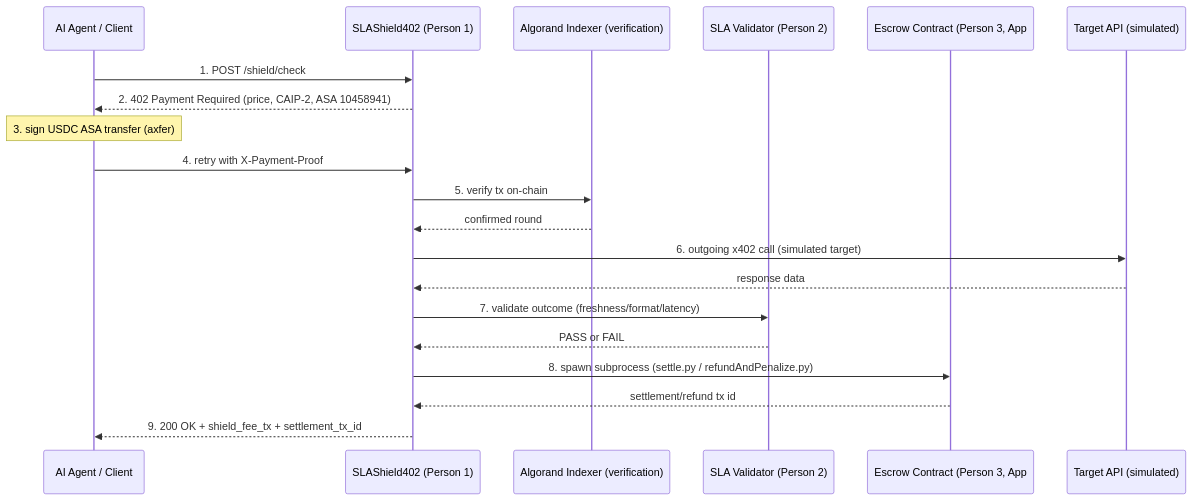
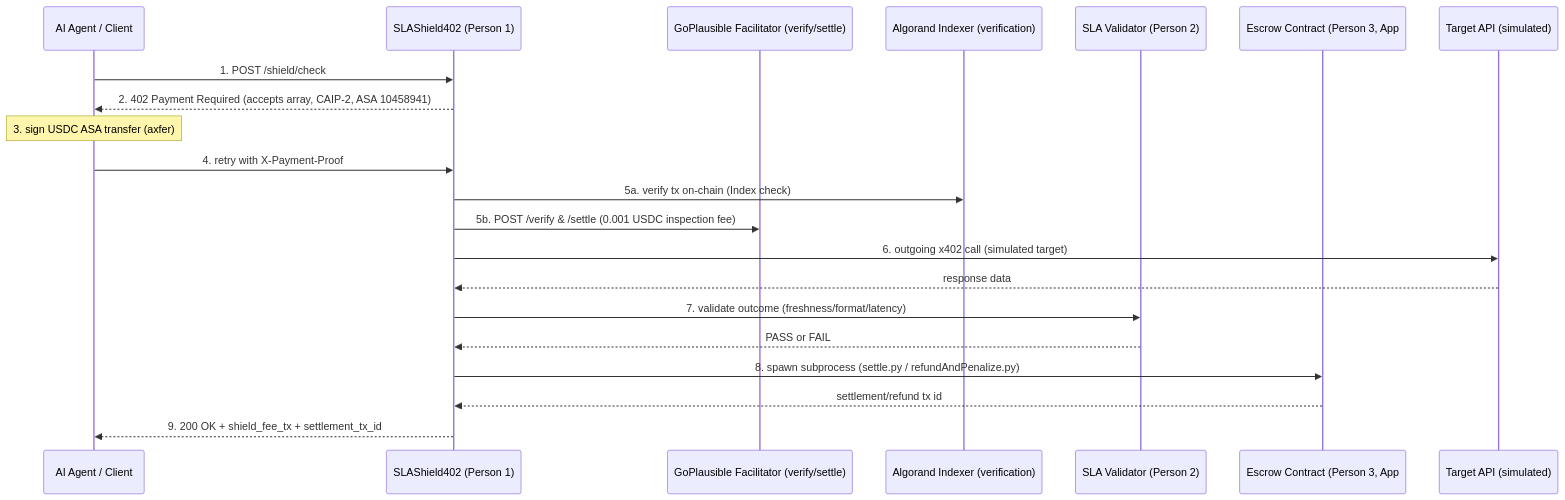
Before and after one commit to Vishal-VK18/SLAShield402: the first of 2 diagrams in README.md, drawn with Mermaid. The commit also changed other lines of this file and 10 other files, not shown here.

Commit message:
feat: integrate GoPlausible facilitator verify and settle, update accepts array, non-custodial security model, and Lora explorer links

````diff
--- a/README.md
+++ b/README.md
@@ -17,23 +17,24 @@
 ```mermaid
 sequenceDiagram
     participant Agent as AI Agent / Client
     participant Shield as SLAShield402 (Person 1)
+    participant Facilitator as GoPlausible Facilitator (verify/settle)
     participant Indexer as Algorand Indexer (verification)
     participant SLA as SLA Validator (Person 2)
     participant Contract as Escrow Contract (Person 3, App #769236555)
     participant Target as Target API (simulated)
 
     Agent->>Shield: 1. POST /shield/check
-    Shield-->>Agent: 2. 402 Payment Required (price, CAIP-2, ASA 10458941)
+    Shield-->>Agent: 2. 402 Payment Required (accepts array, CAIP-2, ASA 10458941)
     Note over Agent: 3. sign USDC ASA transfer (axfer)
     Agent->>Shield: 4. retry with X-Payment-Proof
-    Shield->>Indexer: 5. verify tx on-chain
-    Indexer-->>Shield: confirmed round
+    Shield->>Indexer: 5a. verify tx on-chain (Index check)
+    Shield->>Facilitator: 5b. POST /verify & /settle (0.001 USDC inspection fee)
     Shield->>Target: 6. outgoing x402 call (simulated target)
     Target-->>Shield: response data
     Shield->>SLA: 7. validate outcome (freshness/format/latency)
     SLA-->>Shield: PASS or FAIL
     Shield->>Contract: 8. spawn subprocess (settle.py / refundAndPenalize.py)
     Contract-->>Shield: settlement/refund tx id
     Shield-->>Agent: 9. 200 OK + shield_fee_tx + settlement_tx_id
 ```
````
